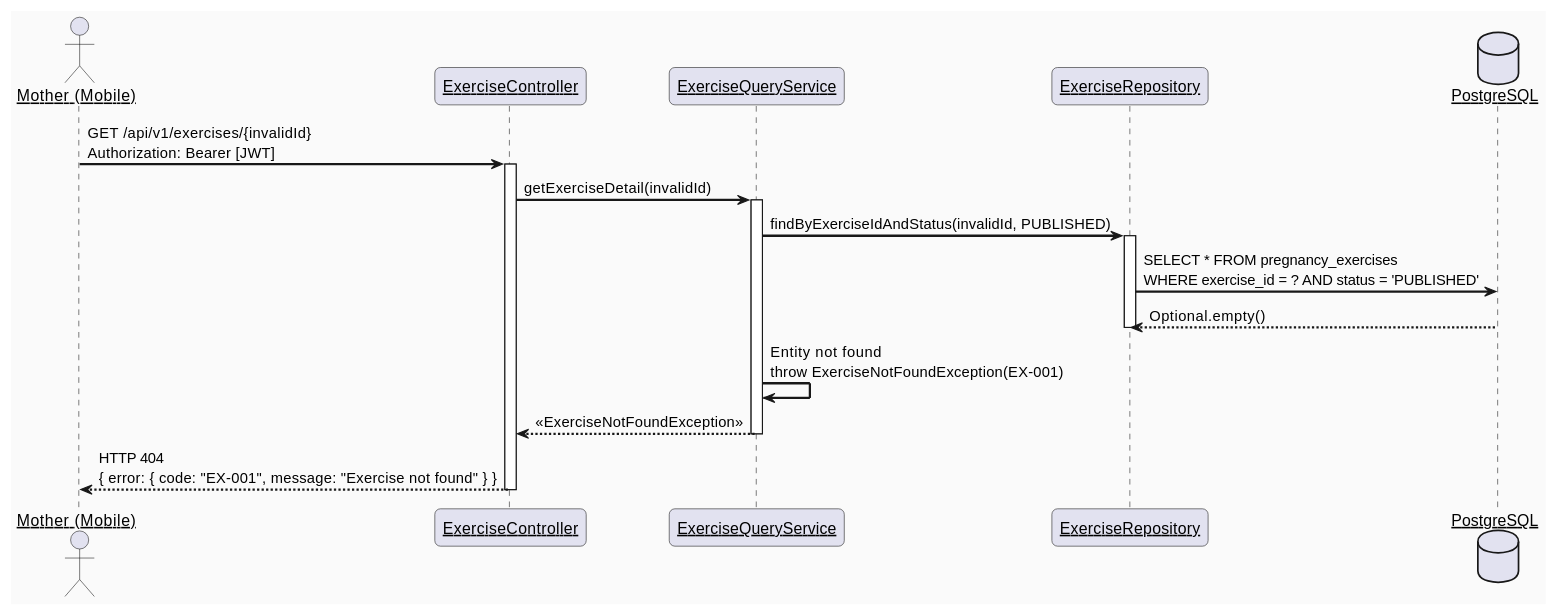
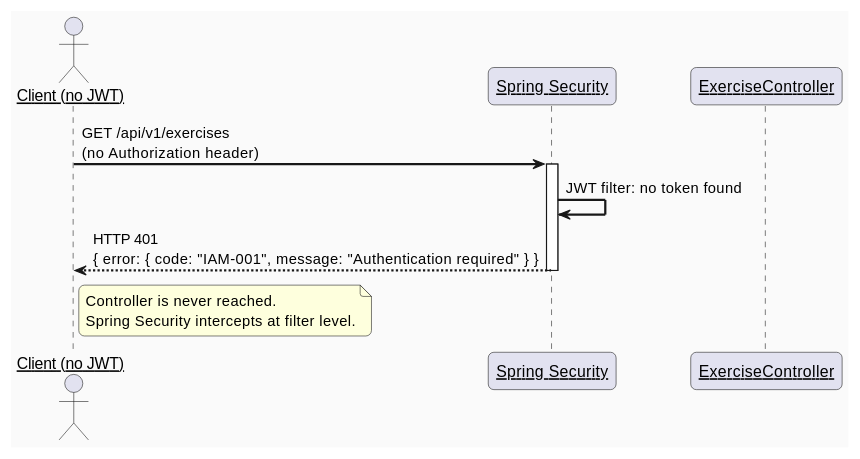
The third of 4 diagrams in 04_Implement/UC29_ViewAndSelectPregnancyExercise/UC29_ViewAndSelectPregnancyExercise_TDS.md (ChuongBDHE172784/CareBridge_SEP490_G79), drawn with PlantUML before and after one commit. The commit also changed other lines of this file and 375 other files, not shown here.

Commit message:
feat: implement security audit logs, pregnancy exercise query service, and authentication screens

````diff
--- a/04_Implement/UC29_ViewAndSelectPregnancyExercise/UC29_ViewAndSelectPregnancyExercise_TDS.md
+++ b/04_Implement/UC29_ViewAndSelectPregnancyExercise/UC29_ViewAndSelectPregnancyExercise_TDS.md
@@ -475,35 +413,25 @@
 ```plantuml
-@startuml UC29_SequenceDiagram_ErrorPath
+@startuml UC29_SequenceDiagram_ErrorPath_Auth
 skinparam sequenceArrowThickness 2
 skinparam roundcorner 10
 skinparam sequenceParticipant underline
 skinparam backgroundColor #FAFAFA
 
-actor       "Mother (Mobile)"     as Client
-participant "ExerciseController"  as Controller
-participant "ExerciseQueryService" as Service
-participant "ExerciseRepository"  as Repository
-database    "PostgreSQL"          as DB
+actor       "Client (no JWT)"    as Client
+participant "Spring Security"    as Security
+participant "ExerciseController" as Controller
 
-Client -> Controller : GET /api/v1/exercises/{invalidId}\nAuthorization: Bearer [JWT]
-activate Controller
+Client -> Security : GET /api/v1/exercises\n(no Authorization header)
+activate Security
 
-Controller -> Service : getExerciseDetail(invalidId)
-activate Service
+Security -> Security : JWT filter: no token found
+Security --> Client : HTTP 401\n{ error: { code: "IAM-001", message: "Authentication required" } }
+deactivate Security
 
-Service -> Repository : findByExerciseIdAndStatus(invalidId, PUBLISHED)
-activate Repository
-
-Repository -> DB : SELECT * FROM pregnancy_exercises\nWHERE exercise_id = ? AND status = 'PUBLISHED'
-DB --> Repository : Optional.empty()
-deactivate Repository
-
-Service -> Service : Entity not found\nthrow ExerciseNotFoundException(EX-001)
-Service --> Controller : << ExerciseNotFoundException >>
-deactivate Service
-
-Controller --> Client : HTTP 404\n{ error: { code: "EX-001", message: "Exercise not found" } }
-deactivate Controller
+note right of Client
+  Controller is never reached.
+  Spring Security intercepts at filter level.
+end note
 
 @enduml
 ```
````
